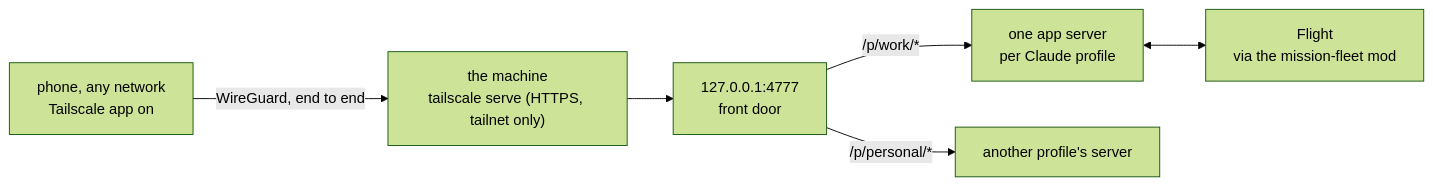
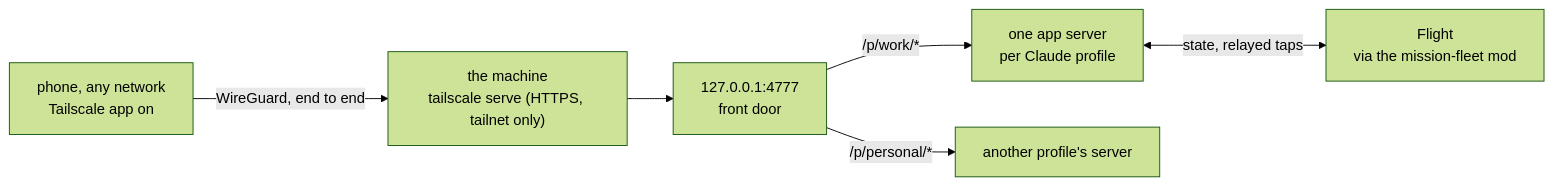
One commit to sultanassi95/mission-control changed the diagram in framework/remote-access.md. Above: the diagram before and after it, drawn with Mermaid (forest theme). The commit also changed other lines of this file and 1 other file, not shown here.

First line of the commit message:
docs(mc-123): update the fleet skill for auto mode and app decisions

````diff
--- a/framework/remote-access.md
+++ b/framework/remote-access.md
@@ -7,8 +7,8 @@
 ```mermaid
 flowchart LR
   P["phone, any network<br/>Tailscale app on"] -->|"WireGuard, end to end"| M["the machine<br/>tailscale serve (HTTPS, tailnet only)"]
   M --> D["127.0.0.1:4777<br/>front door"]
   D -->|"/p/work/*"| A["one app server<br/>per Claude profile"]
   D -->|"/p/personal/*"| A2["another profile's server"]
-  A <--> F["Flight<br/>via the mission-fleet mod"]
+  A <-->|state, relayed taps| F["Flight<br/>via the mission-fleet mod"]
 ```
````
